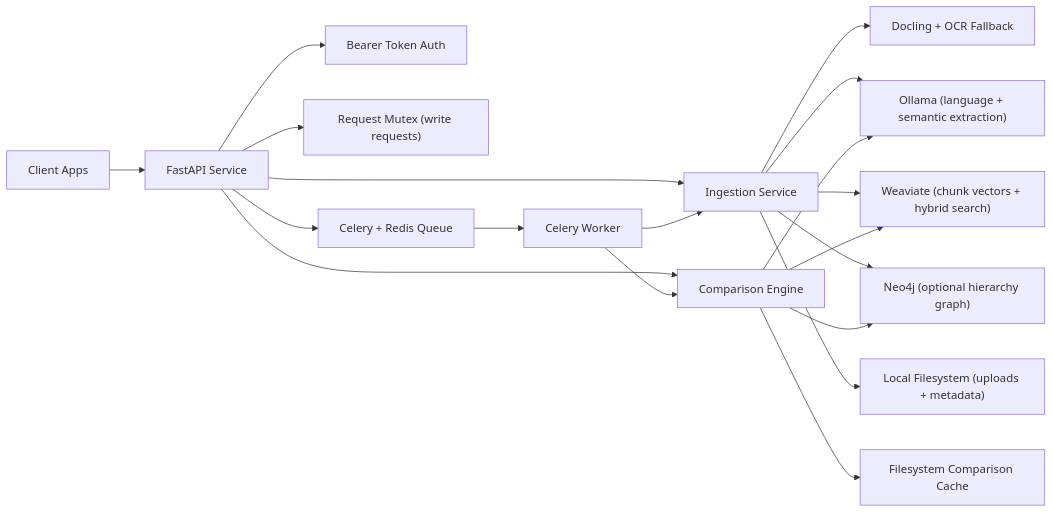
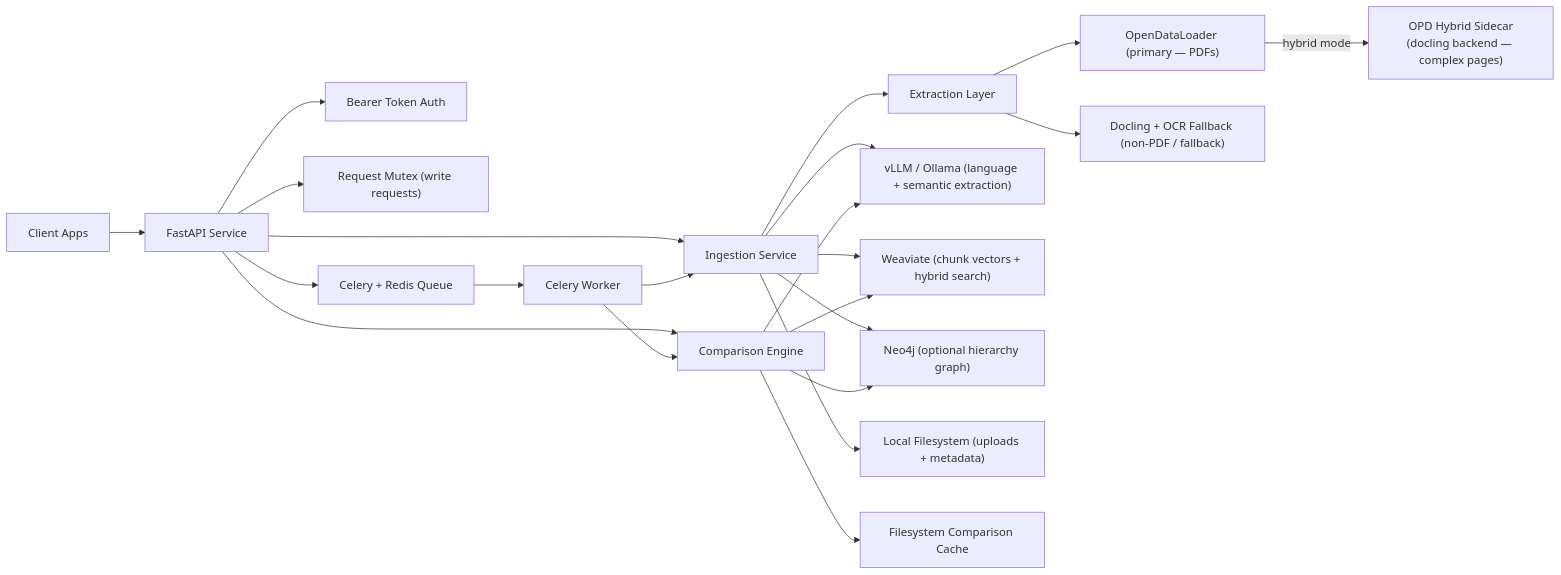
One commit to velospot/grc-policy-server changed the first of 4 diagrams in ARCHITECTURE.md. Above: the diagram before and after it, drawn with Mermaid. The commit also changed other lines of this file and 28 other files, not shown here.

````diff
--- a/ARCHITECTURE.md
+++ b/ARCHITECTURE.md
@@ -16,24 +16,27 @@
 ```mermaid
 flowchart LR
     Client["Client Apps"] --> API["FastAPI Service"]
     API --> Auth["Bearer Token Auth"]
     API --> Mutex["Request Mutex (write requests)"]
     API --> Ingest["Ingestion Service"]
     API --> Compare["Comparison Engine"]
     API --> Queue["Celery + Redis Queue"]
 
     Queue --> Worker["Celery Worker"]
     Worker --> Ingest
     Worker --> Compare
 
-    Ingest --> Docling["Docling + OCR Fallback"]
-    Ingest --> LLM["Ollama (language + semantic extraction)"]
+    Ingest --> Extract["Extraction Layer"]
+    Extract --> OPD["OpenDataLoader (primary — PDFs)"]
+    Extract --> Docling["Docling + OCR Fallback (non-PDF / fallback)"]
+    OPD -->|hybrid mode| HybridSvc["OPD Hybrid Sidecar\n(docling backend — complex pages)"]
+    Ingest --> LLM["vLLM / Ollama (language + semantic extraction)"]
     Ingest --> Vector["Weaviate (chunk vectors + hybrid search)"]
     Ingest --> Graph["Neo4j (optional hierarchy graph)"]
     Ingest --> FS["Local Filesystem (uploads + metadata)"]
 
     Compare --> Vector
     Compare --> Graph
     Compare --> LLM
     Compare --> Cache["Filesystem Comparison Cache"]
 ```
````
